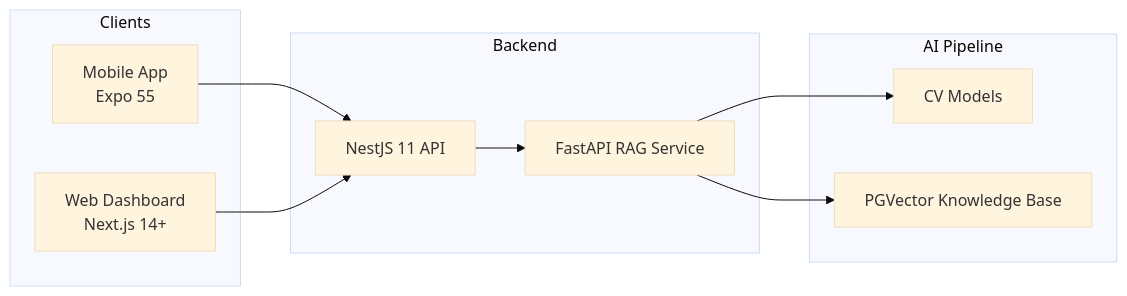
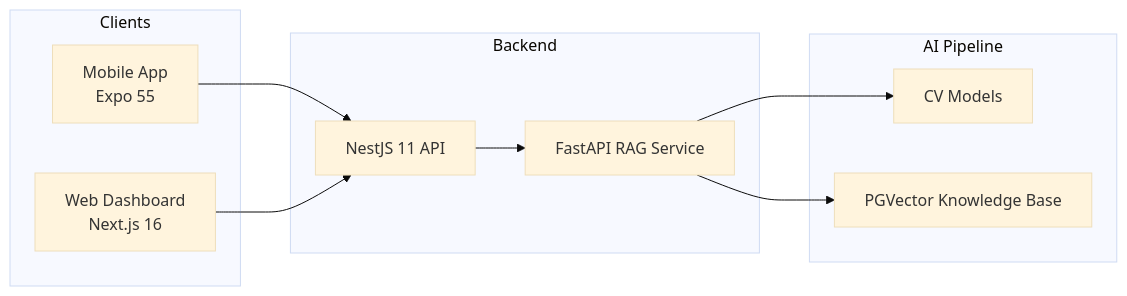
One commit to soham25-git/KRISHI-EYE_Webapp-India-Innovates_Open-Innovation changed the first of 2 diagrams in ARCHITECTURE.md. Above: the diagram before and after it, drawn with Mermaid (base theme). The commit also changed 2 other files, not shown here.

Commit message:
docs: final accuracy pass — align versions and env vars with source of truth
- Fixed CV diagram: YOLOv8n -> YOLOv8n-seg
- Fixed Next.js version: 14+ -> 16 (from package.json)
- Fixed AI service env vars to match .env.example
- Aligned Expo/React Native versions across all docs

````diff
--- a/ARCHITECTURE.md
+++ b/ARCHITECTURE.md
@@ -5,20 +5,20 @@
 ```mermaid
 graph LR
     subgraph Clients
         Mobile[Mobile App<br/>Expo 55]
-        Web[Web Dashboard<br/>Next.js 14+]
+        Web[Web Dashboard<br/>Next.js 16]
     end
     subgraph Backend
         API[NestJS 11 API]
         AI[FastAPI RAG Service]
     end
     subgraph AI Pipeline
         CV[CV Models]
         KB[PGVector Knowledge Base]
     end
     Mobile --> API
     Web --> API
     API --> AI
     AI --> CV
     AI --> KB
 ```
````
